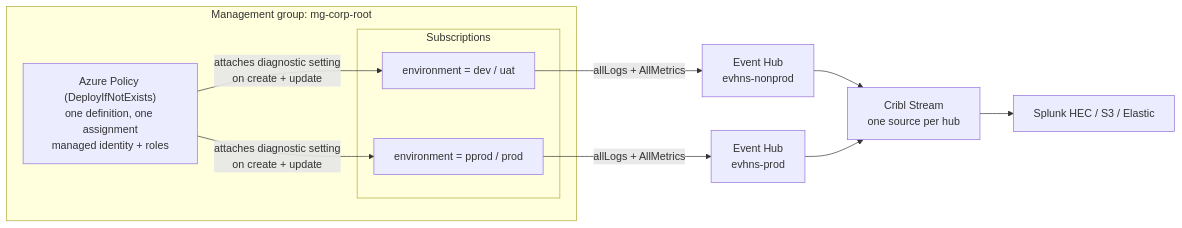
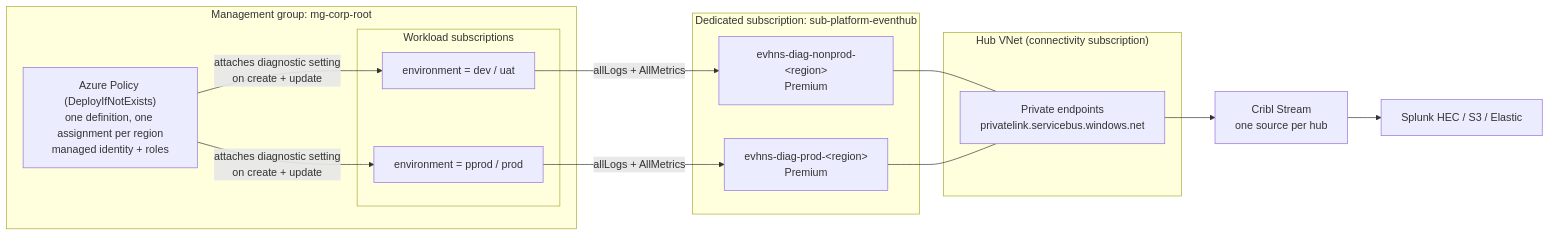
The diagram in docs/tag-routed-diagnostics-policy.md (difoul/azure-event-hub), drawn with Mermaid before and after one commit. The commit also changed other lines of this file and 9 other files, not shown here.

````diff
--- a/docs/tag-routed-diagnostics-policy.md
+++ b/docs/tag-routed-diagnostics-policy.md
@@ -20,23 +21,31 @@
 ```mermaid
 flowchart LR
     subgraph MG["Management group: mg-corp-root"]
-        POL["Azure Policy (DeployIfNotExists)<br/>one definition, one assignment<br/>managed identity + roles"]
-        subgraph SUBS["Subscriptions"]
+        POL["Azure Policy (DeployIfNotExists)<br/>one definition, one assignment per region<br/>managed identity + roles"]
+        subgraph SUBS["Workload subscriptions"]
             SNP["environment = dev / uat"]
             SP["environment = pprod / prod"]
         end
     end
 
-    EHNP["Event Hub<br/>evhns-nonprod"]
-    EHP["Event Hub<br/>evhns-prod"]
+    subgraph EHSUB["Dedicated subscription: sub-platform-eventhub"]
+        EHNP["evhns-diag-nonprod-&lt;region&gt;<br/>Premium"]
+        EHP["evhns-diag-prod-&lt;region&gt;<br/>Premium"]
+    end
+
+    subgraph HUB["Hub VNet (connectivity subscription)"]
+        PE["Private endpoints<br/>privatelink.servicebus.windows.net"]
+    end
+
     CRIBL["Cribl Stream<br/>one source per hub"]
     DEST["Splunk HEC / S3 / Elastic"]
 
     POL -- "attaches diagnostic setting<br/>on create + update" --> SNP
     POL -- "attaches diagnostic setting<br/>on create + update" --> SP
     SNP -- "allLogs + AllMetrics" --> EHNP
     SP -- "allLogs + AllMetrics" --> EHP
-    EHNP --> CRIBL
-    EHP --> CRIBL
+    EHNP --- PE
+    EHP --- PE
+    PE --> CRIBL
     CRIBL --> DEST
 ```
````
